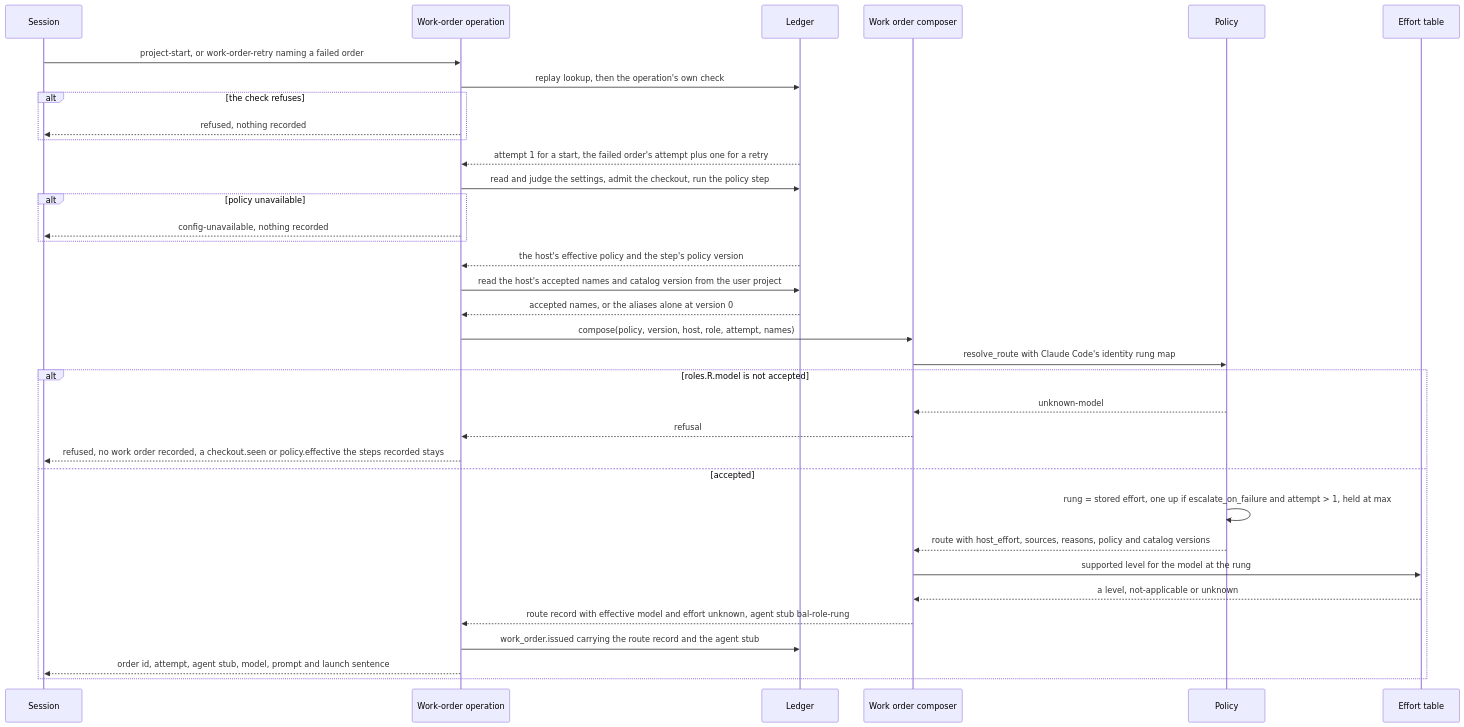
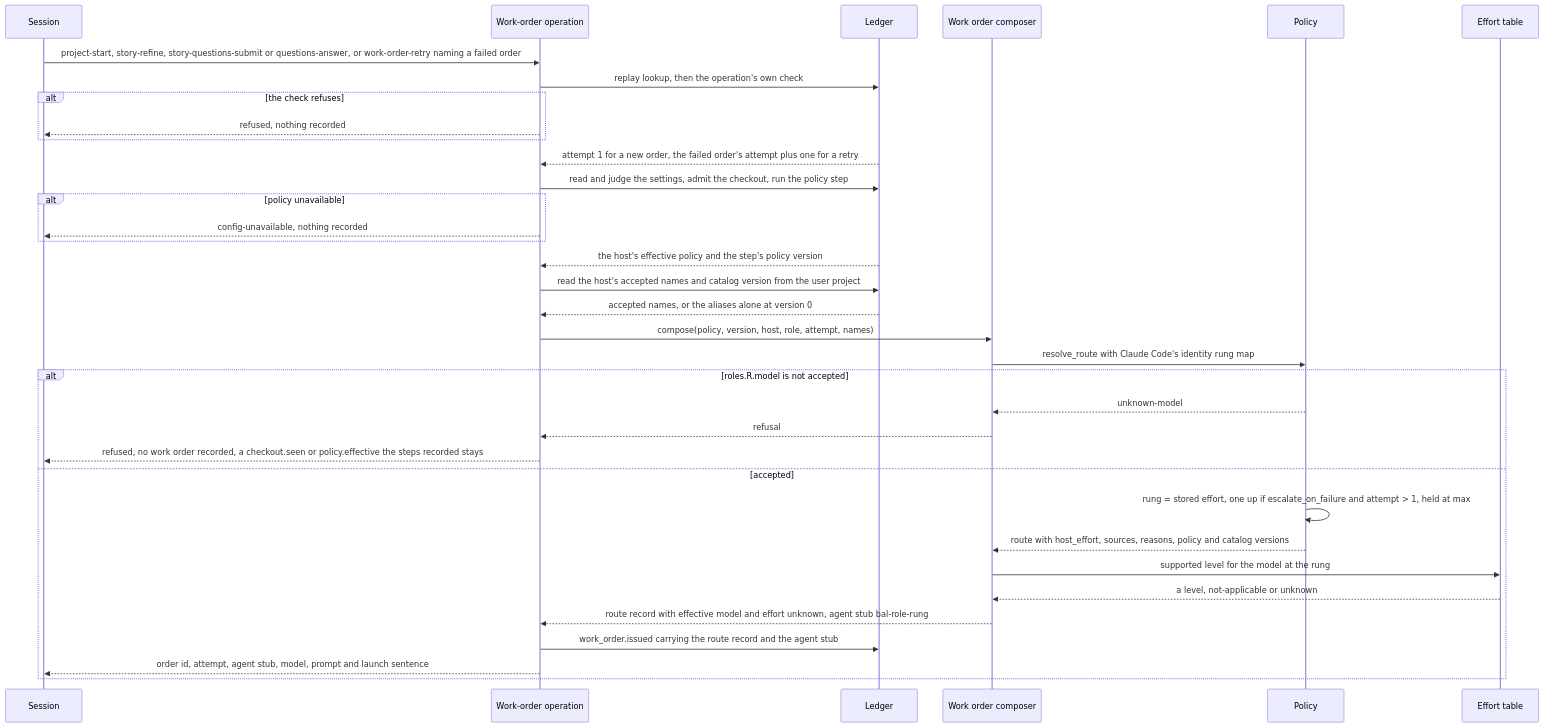
One commit to jcrenshaw-dev/baley changed the fifth of 7 diagrams in docs/design/0003-configuration-and-routing.md. Above: the diagram before and after it, drawn with Mermaid. The commit also changed other lines of this file, not shown here.

````diff
--- a/docs/design/0003-configuration-and-routing.md
+++ b/docs/design/0003-configuration-and-routing.md
@@ -632,37 +632,37 @@
 ```mermaid
 sequenceDiagram
   participant S as Session
   participant O as Work-order operation
   participant L as Ledger
   participant W as Work order composer
   participant P as Policy
   participant T as Effort table
-  S->>O: project-start, or work-order-retry naming a failed order
+  S->>O: project-start, story-refine, story-questions-submit or questions-answer, or work-order-retry naming a failed order
   O->>L: replay lookup, then the operation's own check
   alt the check refuses
     O-->>S: refused, nothing recorded
   end
-  L-->>O: attempt 1 for a start, the failed order's attempt plus one for a retry
+  L-->>O: attempt 1 for a new order, the failed order's attempt plus one for a retry
   O->>L: read and judge the settings, admit the checkout, run the policy step
   alt policy unavailable
     O-->>S: config-unavailable, nothing recorded
   end
   L-->>O: the host's effective policy and the step's policy version
   O->>L: read the host's accepted names and catalog version from the user project
   L-->>O: accepted names, or the aliases alone at version 0
   O->>W: compose(policy, version, host, role, attempt, names)
   W->>P: resolve_route with Claude Code's identity rung map
   alt roles.R.model is not accepted
     P-->>W: unknown-model
     W-->>O: refusal
     O-->>S: refused, no work order recorded, a checkout.seen or policy.effective the steps recorded stays
   else accepted
     P->>P: rung = stored effort, one up if escalate_on_failure and attempt > 1, held at max
     P-->>W: route with host_effort, sources, reasons, policy and catalog versions
     W->>T: supported level for the model at the rung
     T-->>W: a level, not-applicable or unknown
     W-->>O: route record with effective model and effort unknown, agent stub bal-role-rung
     O->>L: work_order.issued carrying the route record and the agent stub
     O-->>S: order id, attempt, agent stub, model, prompt and launch sentence
   end
 ```
````
